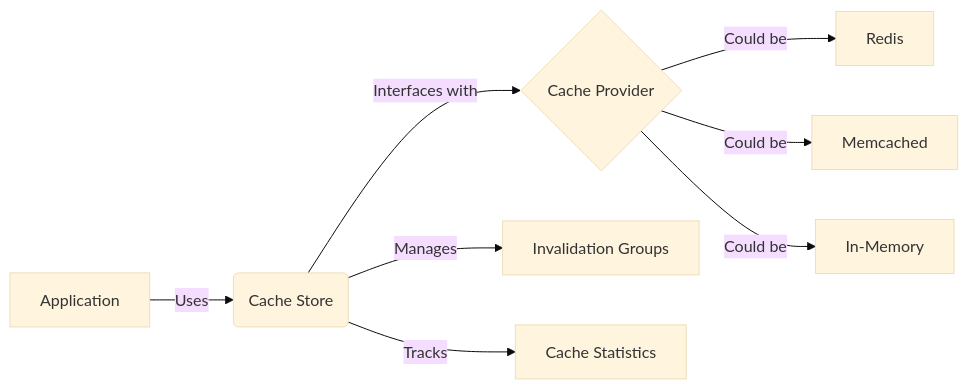
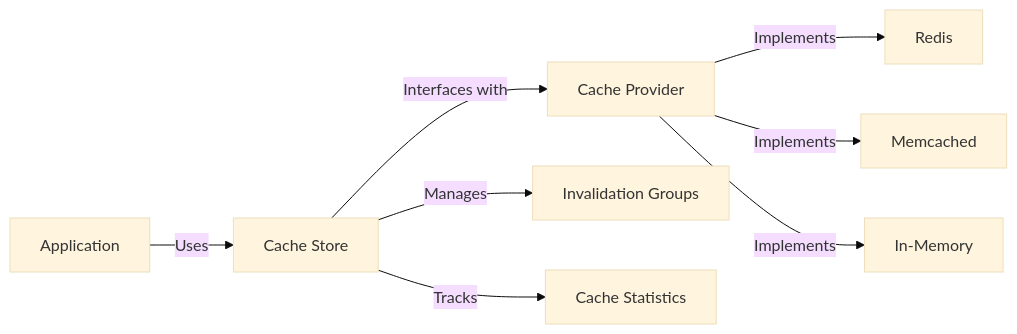
One commit to ersanyamarya/clean-stack changed the diagram in apps/docs/docs/caching/index.md. Above: the diagram before and after it, drawn with Mermaid (base theme). The commit also changed other lines of this file, not shown here.

Commit message:
Refactor cache store implementation and improve documentation

````diff
--- a/apps/docs/docs/caching/index.md
+++ b/apps/docs/docs/caching/index.md
@@ -20,10 +19,10 @@
 ```mermaid
 graph LR
-    A[Application] -->|Uses| B(Cache Store)
-    B -->|Interfaces with| C{Cache Provider}
-    C -->|Could be| D[Redis]
-    C -->|Could be| E[Memcached]
-    C -->|Could be| F[In-Memory]
+    A[Application] -->|Uses| B[Cache Store]
+    B -->|Interfaces with| C[Cache Provider]
+    C -->|Implements| D[Redis]
+    C -->|Implements| E[Memcached]
+    C -->|Implements| F[In-Memory]
     B -->|Manages| G[Invalidation Groups]
     B -->|Tracks| H[Cache Statistics]
 ```
````
